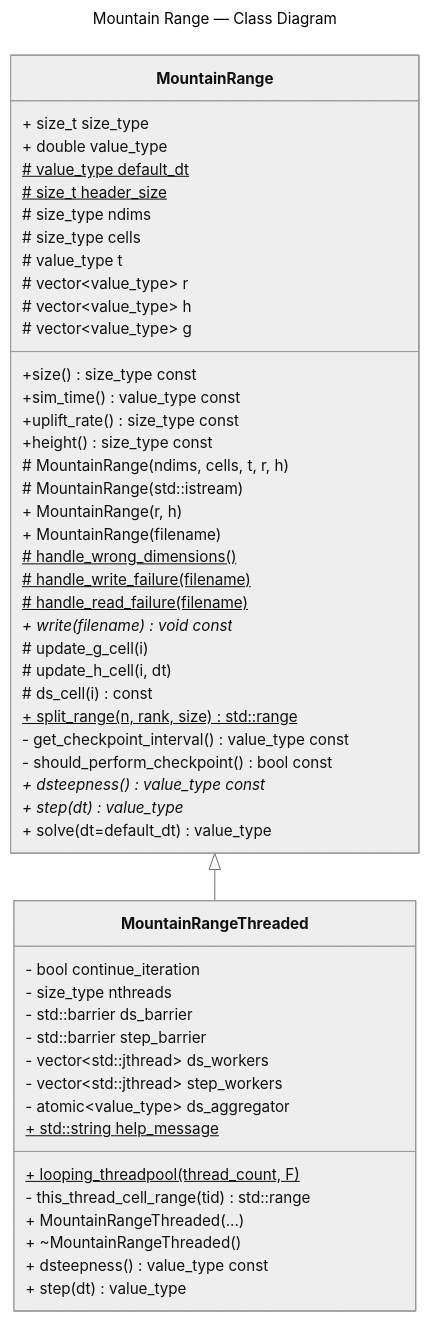
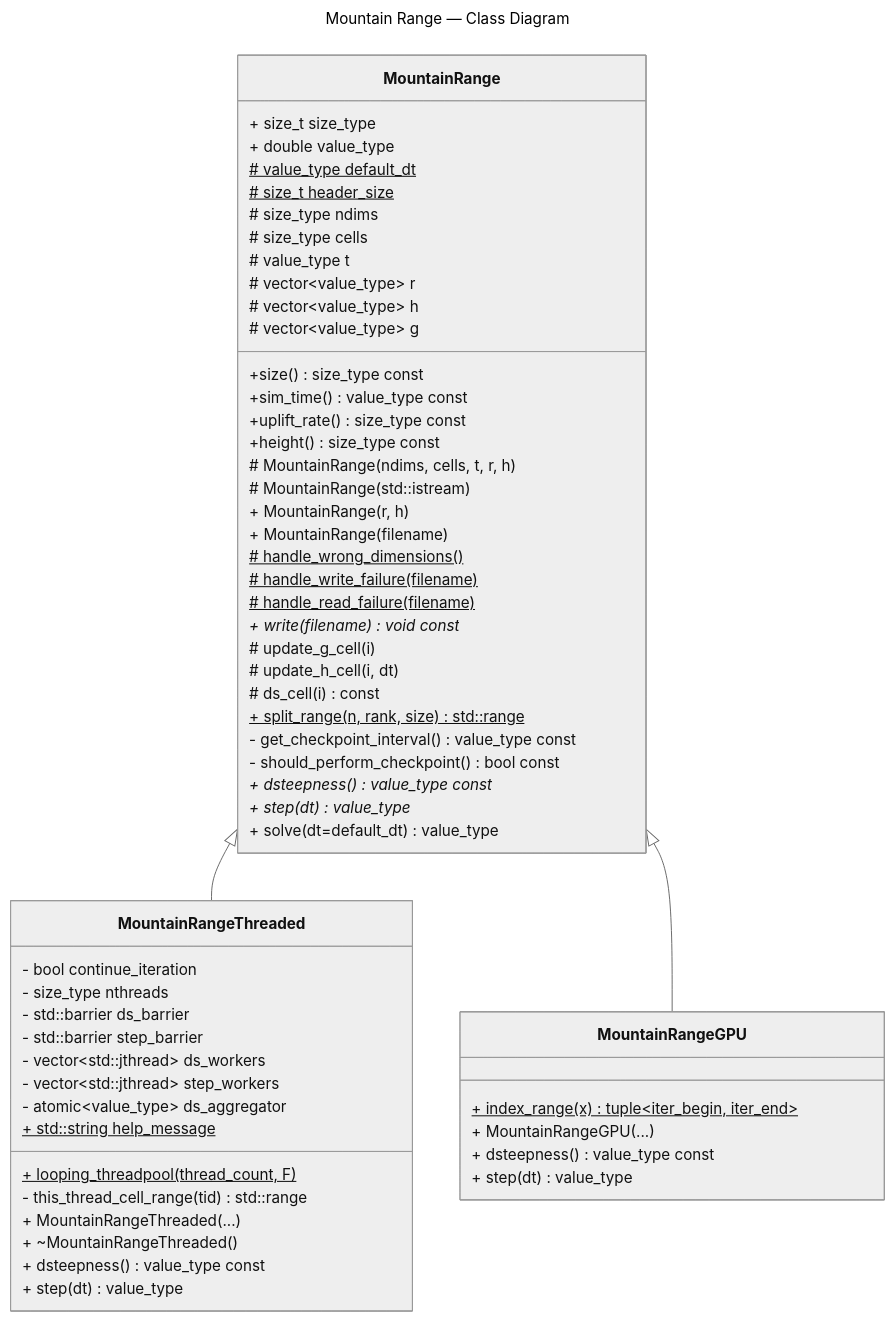
The diagram in docs/MountainRange-class-diagram.md (BYUHPC/sci-comp-course-example-cxx), drawn with Mermaid (neutral theme) before and after one commit.

Commit message:
Add MountainRangeGPU to CD

````diff
--- a/docs/MountainRange-class-diagram.md
+++ b/docs/MountainRange-class-diagram.md
@@ -65,6 +65,7 @@
     - vector~std::jthread~ step_workers
     - atomic~value_type~ ds_aggregator
 
+    %% Helper methods
     + looping_threadpool(thread_count, F)$
     - this_thread_cell_range(tid) std::range
     + std::string help_message$
@@ -78,5 +79,17 @@
     + step(dt) value_type
 }
 
+class MountainRangeGPU {
+    + index_range(x) tuple~iter_begin, iter_end~$
+
+    %% Constructor
+    + MountainRangeGPU(...)
+
+    %% Override methods
+    + dsteepness() value_type const
+    + step(dt) value_type
+}
+
 MountainRange <|-- MountainRangeThreaded
+MountainRange <|-- MountainRangeGPU
 ```
````
